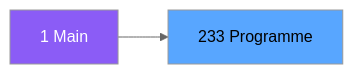
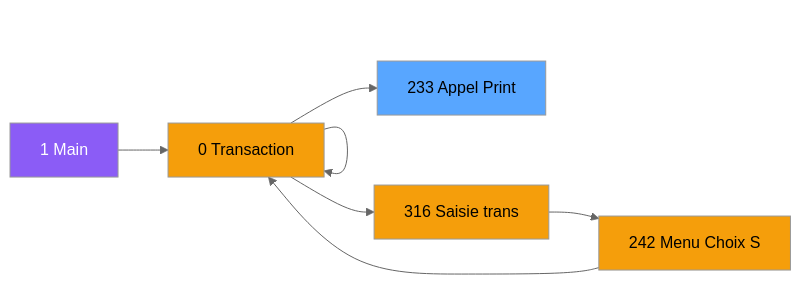
Before and after one commit to thonyAGP/magic-migration: the second of 3 diagrams in .openspec/specs/ADH-IDE-233.md, drawn with Mermaid (neutral theme). The commit also changed other lines of this file and 323 other files, not shown here.

````diff
--- a/.openspec/specs/ADH-IDE-233.md
+++ b/.openspec/specs/ADH-IDE-233.md
@@ -98,8 +106,23 @@
 ```mermaid
 graph LR
     M[1 Main]
-    T[233 Programme]
-    M --> T
+    N0[0 Transaction ]
+    N0[0 Transaction ]
+    N316[316 Saisie trans]
+    N242[242 Menu Choix S]
+    N0[0 Transaction ]
+    T[233 Appel Print ]
+    M --> N0
+    N0 --> N0
+    N0 --> N316
+    N316 --> N242
+    N242 --> N0
+    N0 --> T
     style M fill:#8b5cf6,color:#fff
+    style N0 fill:#f59e0b
+    style N0 fill:#f59e0b
+    style N316 fill:#f59e0b
+    style N242 fill:#f59e0b
+    style N0 fill:#f59e0b
     style T fill:#58a6ff,color:#000
 ```
````
